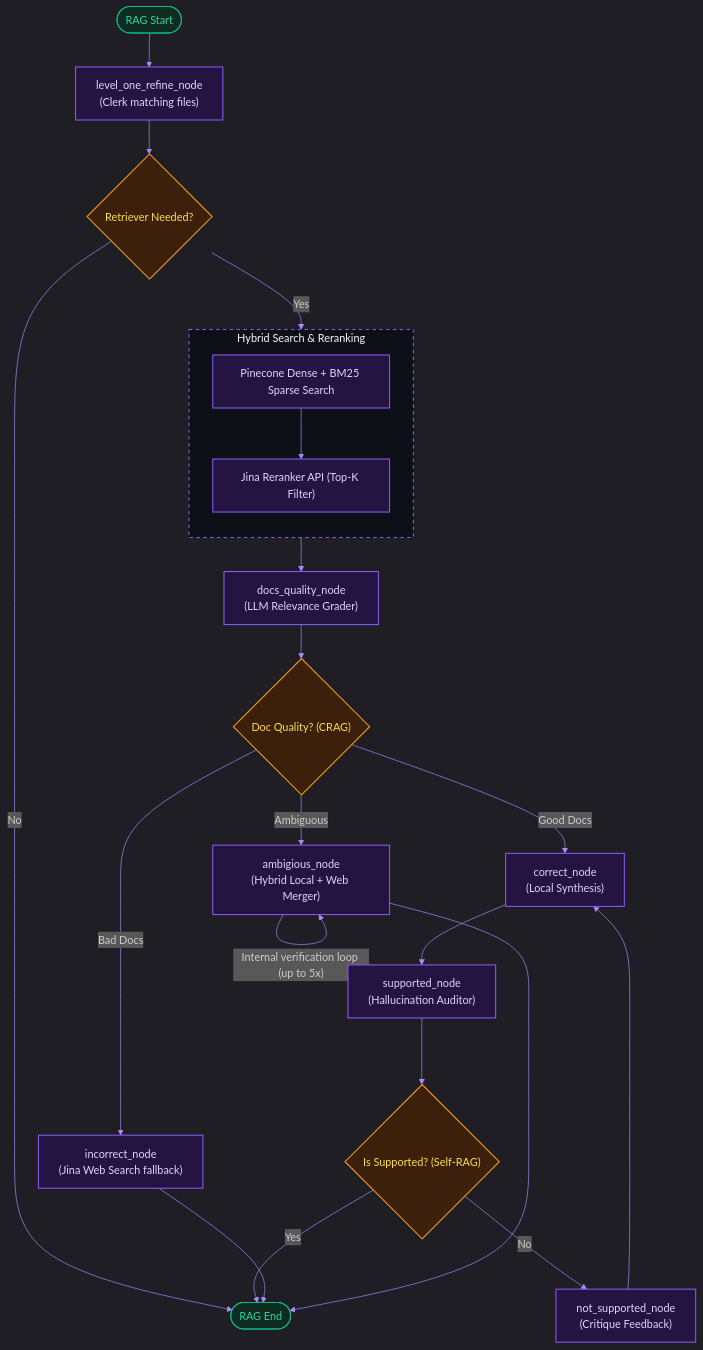
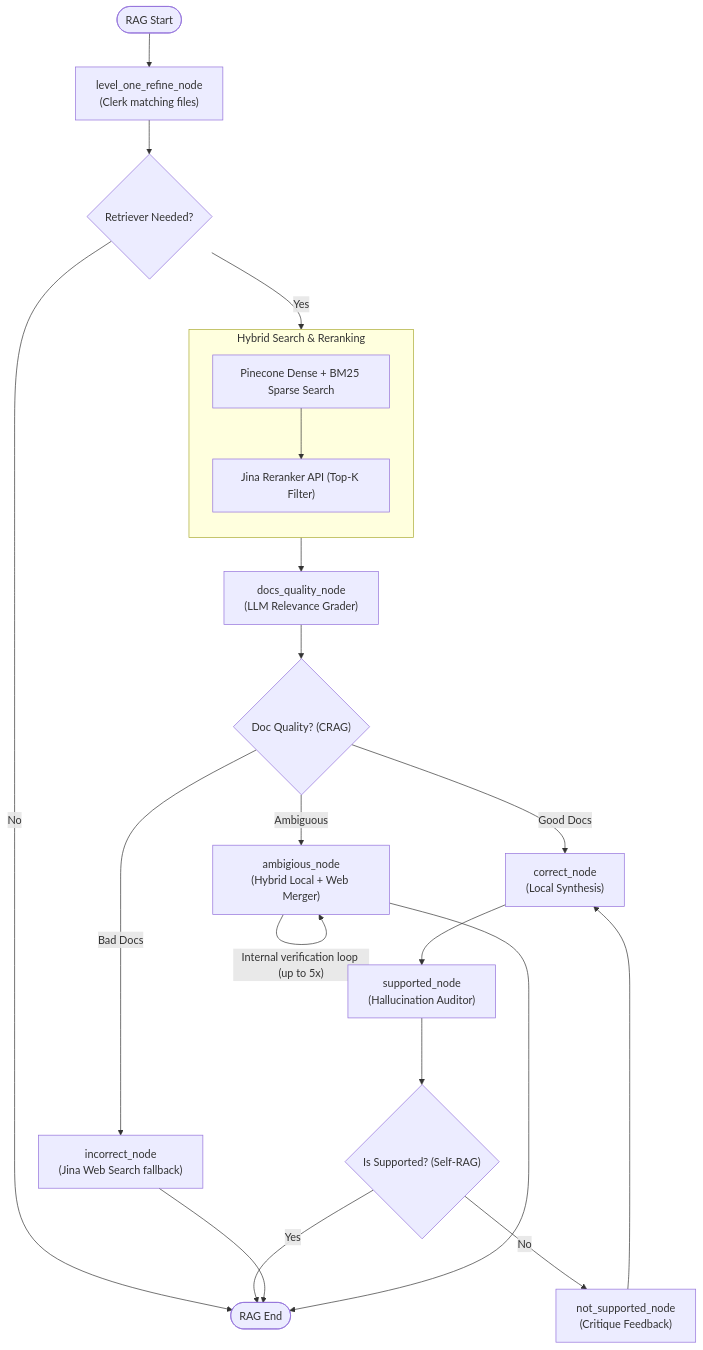
The second of 4 diagrams in README.md (Somay-kousis/RabbitHole), drawn with Mermaid before and after one commit. The commit also changed other lines of this file, not shown here.

Commit message:
README: plain Mermaid diagrams, stack badges

````diff
--- a/README.md
+++ b/README.md
@@ -128,73 +108,52 @@
 ```mermaid
-%%{init: {
-  'theme': 'dark',
-  'themeVariables': {
-    'background': '#0b0f19',
-    'primaryColor': '#1e293b',
-    'primaryTextColor': '#f8fafc',
-    'lineColor': '#a78bfa',
-    'nodeBorder': '#334155',
-    'tertiaryColor': '#0f172a'
-  }
-}}%%
 flowchart TD
     R_Start([RAG Start])
     Clerk["level_one_refine_node<br/>(Clerk matching files)"]
     RetrieveCheck{"Retriever Needed?"}
     
     subgraph Retrieval ["Hybrid Search & Reranking"]
         direction TB
         Search["Pinecone Dense + BM25 Sparse Search"]
         Reranker["Jina Reranker API (Top-K Filter)"]
         Search --> Reranker
     end
     
     Grader["docs_quality_node<br/>(LLM Relevance Grader)"]
     QualityCheck{"Doc Quality? (CRAG)"}
     
     %% Pathways
     LocalRAG["correct_node<br/>(Local Synthesis)"]
     WebRAG["incorrect_node<br/>(Jina Web Search fallback)"]
     HybridRAG["ambigious_node<br/>(Hybrid Local + Web Merger)"]
     
     %% Self-RAG loop
     Auditor["supported_node<br/>(Hallucination Auditor)"]
     AuditCheck{"Is Supported? (Self-RAG)"}
     NotSupported["not_supported_node<br/>(Critique Feedback)"]
     
     R_End([RAG End])
     
     R_Start --> Clerk
     Clerk --> RetrieveCheck
     
     RetrieveCheck -->|No| R_End
     RetrieveCheck -->|Yes| Search
     Reranker --> Grader
     Grader --> QualityCheck
     
     QualityCheck -->|Good Docs| LocalRAG
     QualityCheck -->|Bad Docs| WebRAG
     QualityCheck -->|Ambiguous| HybridRAG
     
     LocalRAG --> Auditor
     Auditor --> AuditCheck
     
     AuditCheck -->|Yes| R_End
     AuditCheck -->|No| NotSupported
     
     NotSupported --> LocalRAG
     
     WebRAG --> R_End
     HybridRAG --> R_End
     HybridRAG -- "Internal verification loop (up to 5x)" --> HybridRAG
-
-    style Retrieval fill:#0d1117,stroke:#8b5cf6,stroke-dasharray: 5 5,stroke-width:1.5px,color:#f8fafc;
-
-    classDef startEnd fill:#0f2c22,stroke:#10b981,stroke-width:1.5px,color:#34d399;
-    classDef innerNode fill:#241442,stroke:#8b5cf6,stroke-width:1.5px,color:#ddd6fe;
-    classDef decision fill:#3c200c,stroke:#f59e0b,stroke-width:1.5px,color:#fde047;
-
-    class R_Start,R_End startEnd;
-    class Clerk,Search,Reranker,Grader,LocalRAG,WebRAG,HybridRAG,Auditor,NotSupported innerNode;
-    class RetrieveCheck,QualityCheck,AuditCheck decision;
 ```
````
